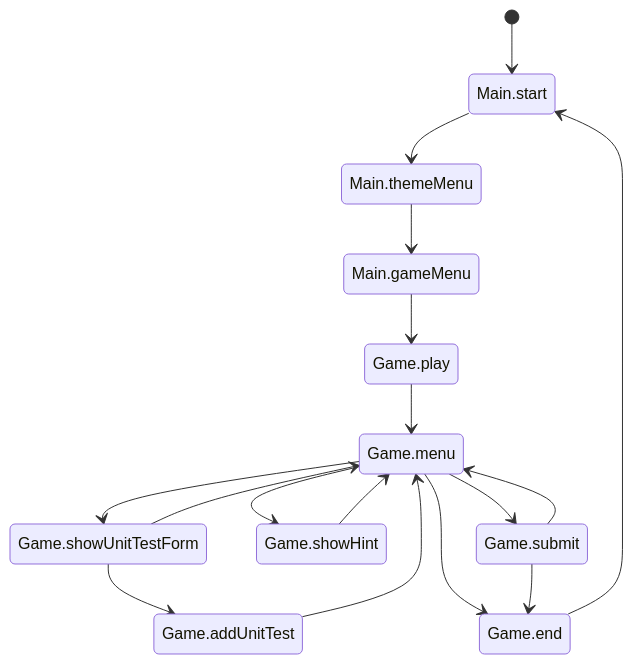
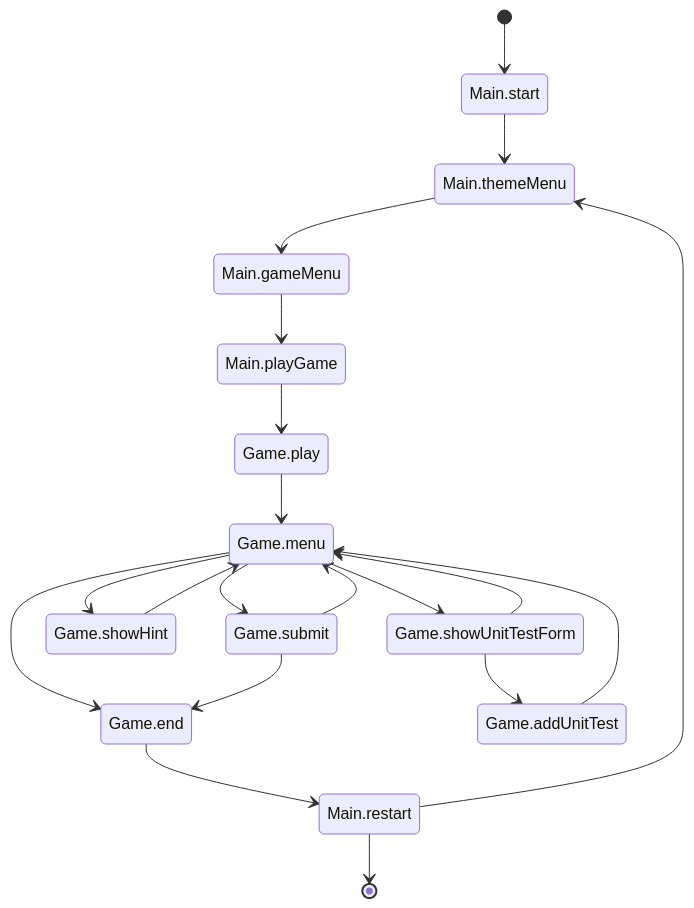
The diagram in README.md (reimf/unittestgame.com), drawn with Mermaid before and after one commit. The commit also changed 24 other files, not shown here.

````diff
--- a/README.md
+++ b/README.md
@@ -4,19 +4,22 @@
 ```mermaid
 stateDiagram-v2
     [*] --> Main.start
     Main.start --> Main.themeMenu
     Main.themeMenu --> Main.gameMenu
-    Main.gameMenu --> Game.play
+    Main.gameMenu --> Main.playGame
+    Main.playGame --> Game.play
+    Main.restart --> Main.themeMenu
+    Main.restart --> [*]
     Game.play --> Game.menu
     Game.menu --> Game.showUnitTestForm
     Game.menu --> Game.showHint
     Game.menu --> Game.submit
     Game.menu --> Game.end
     Game.showUnitTestForm --> Game.addUnitTest
     Game.showUnitTestForm --> Game.menu
     Game.addUnitTest --> Game.menu
     Game.showHint --> Game.menu
     Game.submit --> Game.menu
     Game.submit --> Game.end
-    Game.end --> Main.start
+    Game.end --> Main.restart
 ```
````
